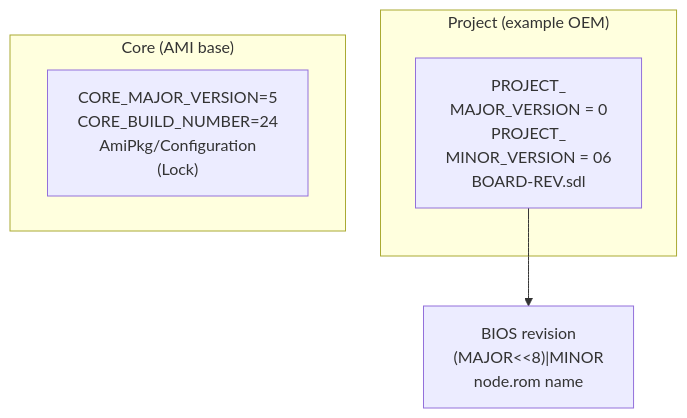
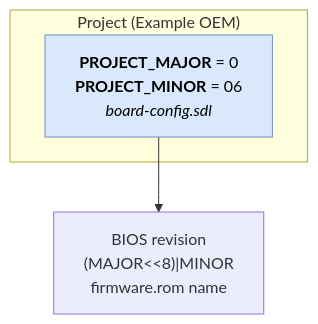
The second of 5 diagrams in modules/programs/claude-code/_hm/skills/diagram/SKILL.md (timblaktu/nixcfg), drawn with Mermaid before and after one commit. The commit also changed other lines of this file and 18 other files, not shown here.

First line of the commit message:
claude-code: land disk-doctor skill, diagram v1.18, tmux-resurrect fix, screencast cards (#17)

````diff
--- a/modules/programs/claude-code/_hm/skills/diagram/SKILL.md
+++ b/modules/programs/claude-code/_hm/skills/diagram/SKILL.md
@@ -340,10 +439,11 @@
 ```mermaid
 flowchart TB
-    subgraph PROJ["Project (example OEM)"]
-      proj["PROJECT_<br/>MAJOR_VERSION = 0<br/>PROJECT_<br/>MINOR_VERSION = 06<br/>BOARD-REV.sdl"]
+    subgraph PROJ["Project (Example OEM)"]
+      proj["`**PROJECT_MAJOR** = 0
+**PROJECT_MINOR** = 06
+*board-config.sdl*`"]
     end
-    subgraph CORE["Core (AMI base)"]
-      core["CORE_MAJOR_VERSION=5<br/>CORE_BUILD_NUMBER=24<br/>AmiPkg/Configuration<br/>(Lock)"]
-    end
-    proj --> rev["BIOS revision<br/>(MAJOR&lt;&lt;8)|MINOR<br/>node.rom name"]
+    proj --> rev["BIOS revision<br/>(MAJOR&lt;&lt;8)|MINOR<br/>firmware.rom name"]
+    classDef p fill:#dae8fc,stroke:#6c8ebf,color:#000;
+    class proj p;
 ```
````
